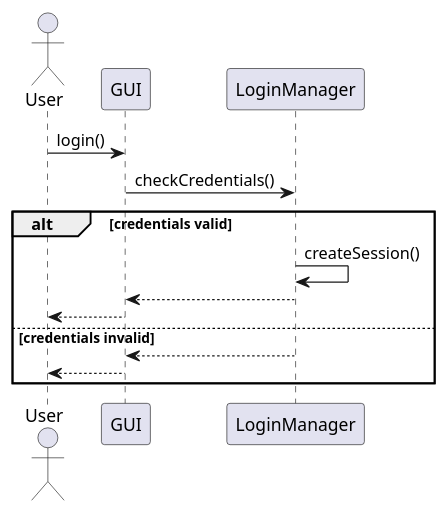
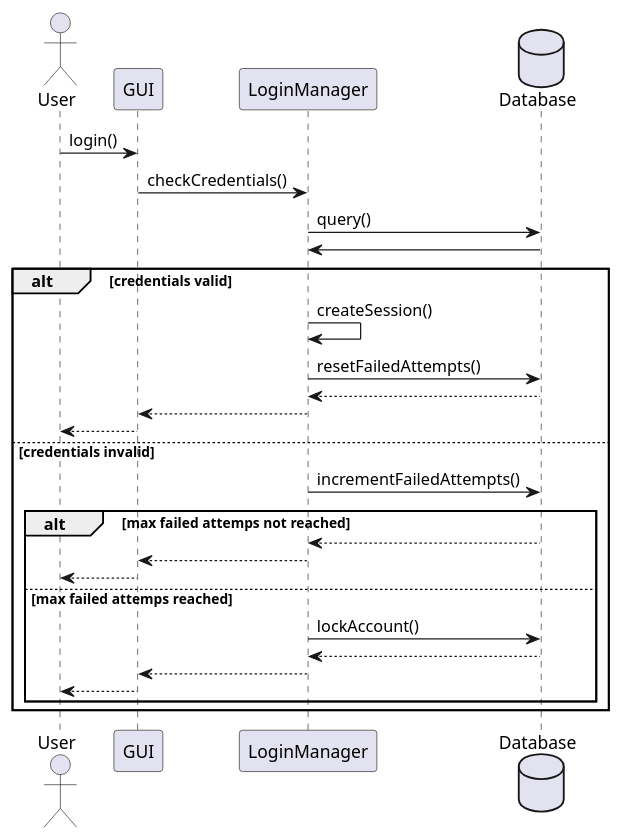
The diagram in src/sequence_diagrams/filip/login.puml (filip-stepien/software-engineering-lab), drawn with PlantUML before and after one commit. The commit also changed 1 other file, not shown here.

Commit message:
login seq diagram

```diff
--- a/src/sequence_diagrams/filip/login.puml
+++ b/src/sequence_diagrams/filip/login.puml
@@ -1,17 +1,31 @@
 @startuml login
 actor User
 participant GUI
 participant LoginManager
+database Database
 
-User-> GUI: login()
-GUI-> LoginManager: checkCredentials()
+User -> GUI: login()
+GUI -> LoginManager: checkCredentials()
+LoginManager -> Database: query()
+Database -> LoginManager
 
 alt credentials valid
     LoginManager -> LoginManager: createSession()
+    LoginManager -> Database: resetFailedAttempts()
+    Database --> LoginManager
     LoginManager --> GUI
     GUI --> User
 else credentials invalid
-    LoginManager --> GUI
-    GUI --> User
+    LoginManager -> Database: incrementFailedAttempts()
+    alt max failed attemps not reached
+        Database --> LoginManager
+        LoginManager --> GUI
+        GUI --> User
+    else max failed attemps reached
+        LoginManager -> Database: lockAccount()
+        Database --> LoginManager
+        LoginManager --> GUI
+        GUI --> User
+    end
 end
 @enduml
```
